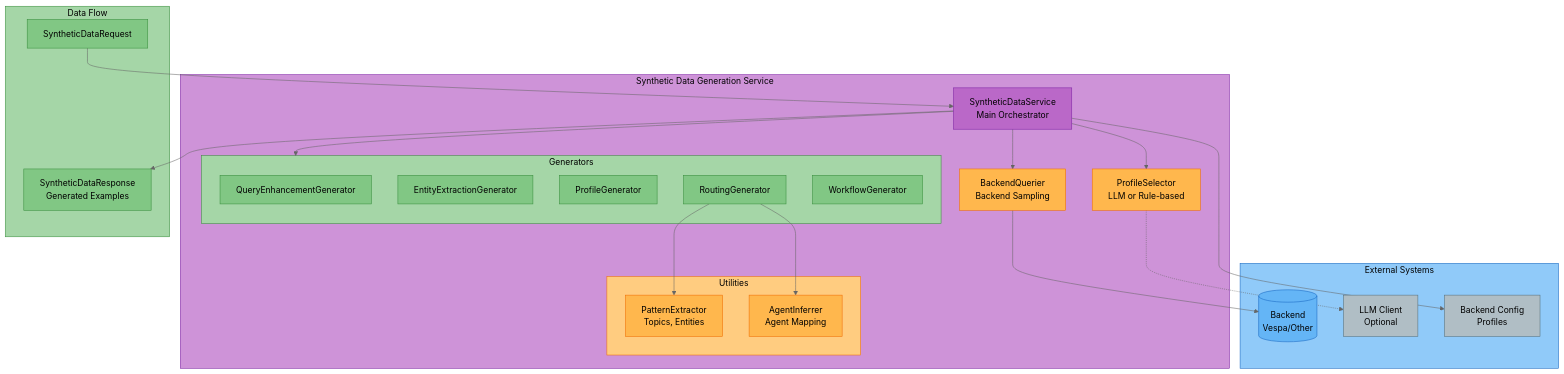
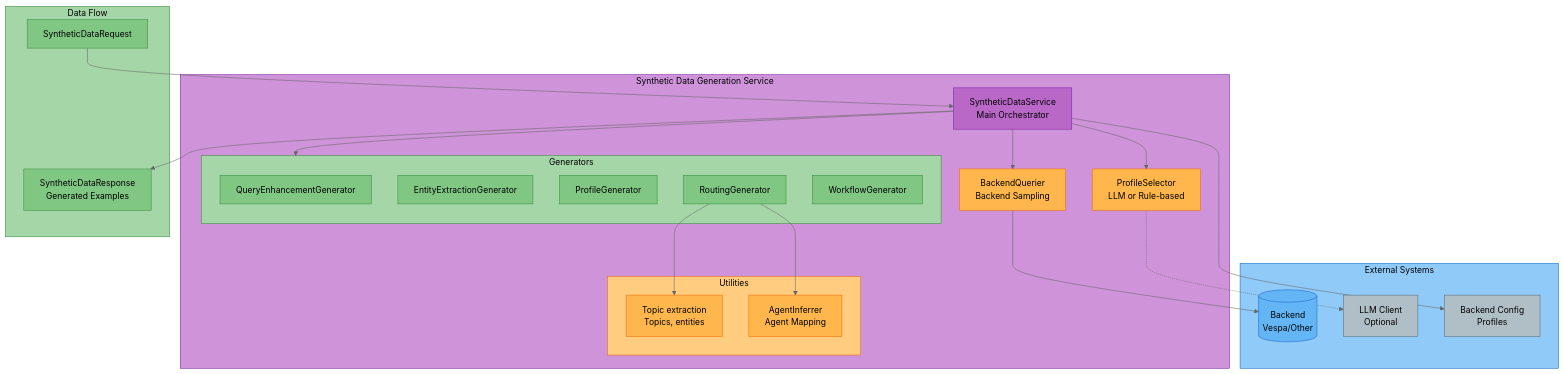
The first of 2 diagrams in docs/synthetic-data-generation.md (amit-jain/cogniverse), drawn with Mermaid (neutral theme) before and after one commit. The commit also changed other lines of this file and 15 other files, not shown here.

First line of the commit message:
Delete PatternExtractor and route topics through extract_topic

````diff
--- a/docs/synthetic-data-generation.md
+++ b/docs/synthetic-data-generation.md
@@ -35,65 +35,65 @@
 ```mermaid
 flowchart TB
     subgraph SyntheticService["<span style='color:#000'>Synthetic Data Generation Service</span>"]
         Service["<span style='color:#000'>SyntheticDataService<br/>Main Orchestrator</span>"]
 
         Service --> ProfileSelector
         Service --> BackendQuerier
         Service --> Generators
 
         ProfileSelector["<span style='color:#000'>ProfileSelector<br/>LLM or Rule-based</span>"]
         BackendQuerier["<span style='color:#000'>BackendQuerier<br/>Backend Sampling</span>"]
 
         subgraph Generators["<span style='color:#000'>Generators</span>"]
             QueryEnhancementGen["<span style='color:#000'>QueryEnhancementGenerator</span>"]
             EntityExtractionGen["<span style='color:#000'>EntityExtractionGenerator</span>"]
             ProfileGen["<span style='color:#000'>ProfileGenerator</span>"]
             RoutingGen["<span style='color:#000'>RoutingGenerator</span>"]
             WorkflowGen["<span style='color:#000'>WorkflowGenerator</span>"]
         end
 
         subgraph Utilities["<span style='color:#000'>Utilities</span>"]
-            PatternExtractor["<span style='color:#000'>PatternExtractor<br/>Topics, Entities</span>"]
+            TopicExtraction["<span style='color:#000'>Topic extraction<br/>Topics, entities</span>"]
             AgentInferrer["<span style='color:#000'>AgentInferrer<br/>Agent Mapping</span>"]
         end
 
-        RoutingGen --> PatternExtractor
+        RoutingGen --> TopicExtraction
         RoutingGen --> AgentInferrer
     end
 
     subgraph ExternalSystems["<span style='color:#000'>External Systems</span>"]
         Backend[("<span style='color:#000'>Backend<br/>Vespa/Other</span>")]
         LLM["<span style='color:#000'>LLM Client<br/>Optional</span>"]
         BackendConfig["<span style='color:#000'>Backend Config<br/>Profiles</span>"]
     end
 
     ProfileSelector -.-> LLM
     Service --> BackendConfig
     BackendQuerier --> Backend
 
     subgraph DataFlow["<span style='color:#000'>Data Flow</span>"]
         Request["<span style='color:#000'>SyntheticDataRequest</span>"] --> Service
         Service --> Response["<span style='color:#000'>SyntheticDataResponse<br/>Generated Examples</span>"]
     end
 
     style SyntheticService fill:#ce93d8,stroke:#7b1fa2,color:#000
     style Service fill:#ba68c8,stroke:#7b1fa2,color:#000
     style ProfileSelector fill:#ffb74d,stroke:#ef6c00,color:#000
     style BackendQuerier fill:#ffb74d,stroke:#ef6c00,color:#000
     style Generators fill:#a5d6a7,stroke:#388e3c,color:#000
     style QueryEnhancementGen fill:#81c784,stroke:#388e3c,color:#000
     style EntityExtractionGen fill:#81c784,stroke:#388e3c,color:#000
     style ProfileGen fill:#81c784,stroke:#388e3c,color:#000
     style RoutingGen fill:#81c784,stroke:#388e3c,color:#000
     style WorkflowGen fill:#81c784,stroke:#388e3c,color:#000
     style Utilities fill:#ffcc80,stroke:#ef6c00,color:#000
-    style PatternExtractor fill:#ffb74d,stroke:#ef6c00,color:#000
+    style TopicExtraction fill:#ffb74d,stroke:#ef6c00,color:#000
     style AgentInferrer fill:#ffb74d,stroke:#ef6c00,color:#000
     style ExternalSystems fill:#90caf9,stroke:#1565c0,color:#000
     style Backend fill:#64b5f6,stroke:#1565c0,color:#000
     style LLM fill:#b0bec5,stroke:#546e7a,color:#000
     style BackendConfig fill:#b0bec5,stroke:#546e7a,color:#000
     style DataFlow fill:#a5d6a7,stroke:#388e3c,color:#000
     style Request fill:#81c784,stroke:#388e3c,color:#000
     style Response fill:#81c784,stroke:#388e3c,color:#000
 ```
````
